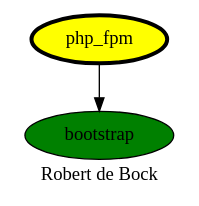
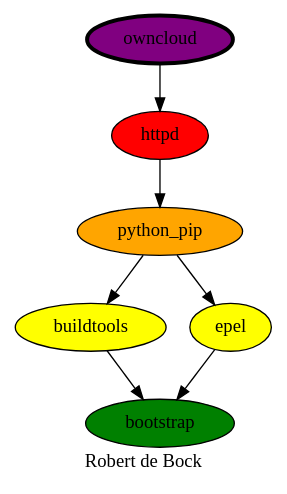
One commit to robertdebock/drawings changed the diagram in php_fpm.dot. Above: the diagram before and after it, drawn with Graphviz. The commit also changed 1 other file, not shown here.

Commit message:
Update dependecies for owncloud.

```diff
--- a/php_fpm.dot
+++ b/php_fpm.dot
@@ -1,9 +1,16 @@
 digraph PhiloDilemma {
   label = "Robert de Bock" ;
   overlap=false
   {
     bootstrap [fillcolor=green style=filled]
-    php_fpm [fillcolor=yellow style=filled penwidth=3]
+    buildtools [fillcolor=yellow style=filled]
+    epel [fillcolor=yellow style=filled]
+    "python_pip" [fillcolor=orange style=filled]
+    httpd [fillcolor=red style=filled]
+    owncloud [fillcolor=purple style=filled penwidth=3]
   }
-  php_fpm -> bootstrap
+  {buildtools epel} -> bootstrap
+  "python_pip" -> {buildtools epel}
+  httpd -> "python_pip"
+  owncloud -> httpd
 }
```
